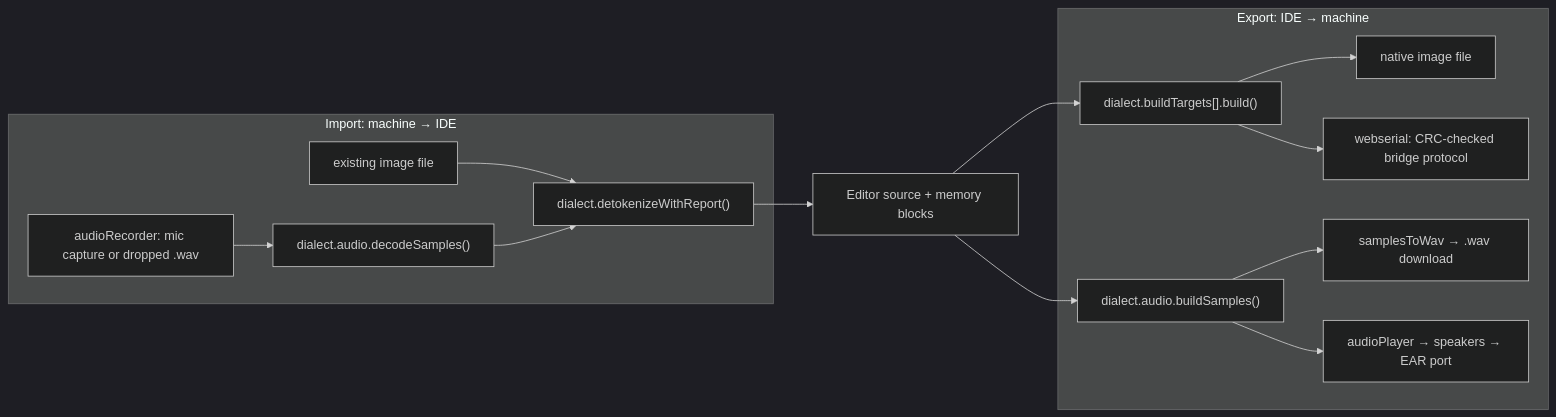
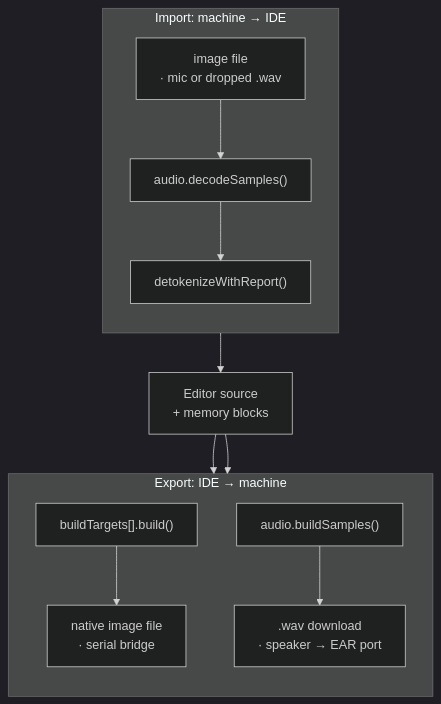
Before and after one commit to seanhodges/basically: the tenth of 12 diagrams in docs/contributing/architecture.md, drawn with Mermaid (dark theme). The commit also changed other lines of this file and 7 other files, not shown here.

````diff
--- a/docs/contributing/architecture.md
+++ b/docs/contributing/architecture.md
@@ -598,27 +559,26 @@
 ```mermaid
-flowchart LR
-  editor["Editor source + memory blocks"]
+flowchart TB
+  editor["Editor source<br/>+ memory blocks"]
 
   subgraph export ["Export: IDE → machine"]
-    build["dialect.buildTargets[].build()"]
-    enc["dialect.audio.buildSamples()"]
-    imgfile["native image file"]
-    wav["samplesToWav → .wav download"]
-    speaker["audioPlayer → speakers → EAR port"]
-    serial["webserial: CRC-checked bridge protocol"]
+    direction TB
+    build["buildTargets[].build()"]
+    enc["audio.buildSamples()"]
+    out["native image file<br/>· serial bridge"]
+    wav[".wav download<br/>· speaker → EAR port"]
+    build --> out
+    enc --> wav
   end
 
   subgraph import ["Import: machine → IDE"]
-    binfile["existing image file"]
-    mic["audioRecorder: mic capture or dropped .wav"]
-    dec["dialect.audio.decodeSamples()"]
-    detok["dialect.detokenizeWithReport()"]
+    direction TB
+    src["image file<br/>· mic or dropped .wav"]
+    dec["audio.decodeSamples()"]
+    detok["detokenizeWithReport()"]
+    src --> dec --> detok
   end
 
-  editor --> build --> imgfile
-  build --> serial
-  editor --> enc --> wav
-  enc --> speaker
-  binfile --> detok --> editor
-  mic --> dec --> detok
+  editor --> build
+  editor --> enc
+  detok --> editor
 ```
````
